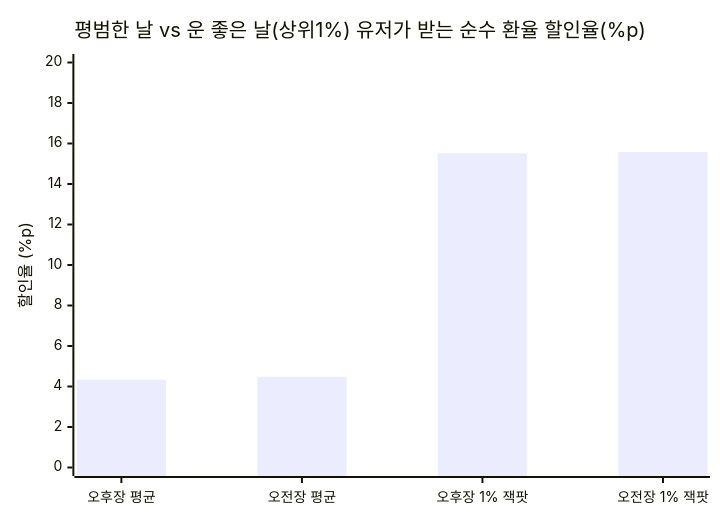
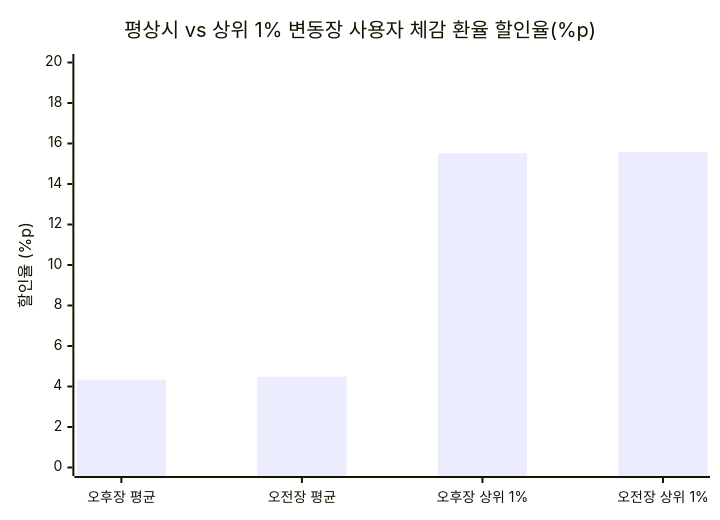
The second of 3 diagrams in docs/기획-분석-한국장종합리포트.md (jennie-brain/makji-personal), drawn with Mermaid before and after one commit. The commit also changed other lines of this file, not shown here.

````diff
--- a/docs/기획-분석-한국장종합리포트.md
+++ b/docs/기획-분석-한국장종합리포트.md
@@ -42,7 +40,7 @@
 ```mermaid
 xychart-beta
-    title "평범한 날 vs 운 좋은 날(상위1%) 유저가 받는 순수 환율 할인율(%p)"
-    x-axis ["오후장 평균", "오전장 평균", "오후장 1% 잭팟", "오전장 1% 잭팟"]
+    title "평상시 vs 상위 1% 변동장 사용자 체감 환율 할인율(%p)"
+    x-axis ["오후장 평균", "오전장 평균", "오후장 상위 1%", "오전장 상위 1%"]
     y-axis "할인율 (%p)" 0 --> 20
     bar [4.34, 4.48, 15.52, 15.58]
 ```
````
